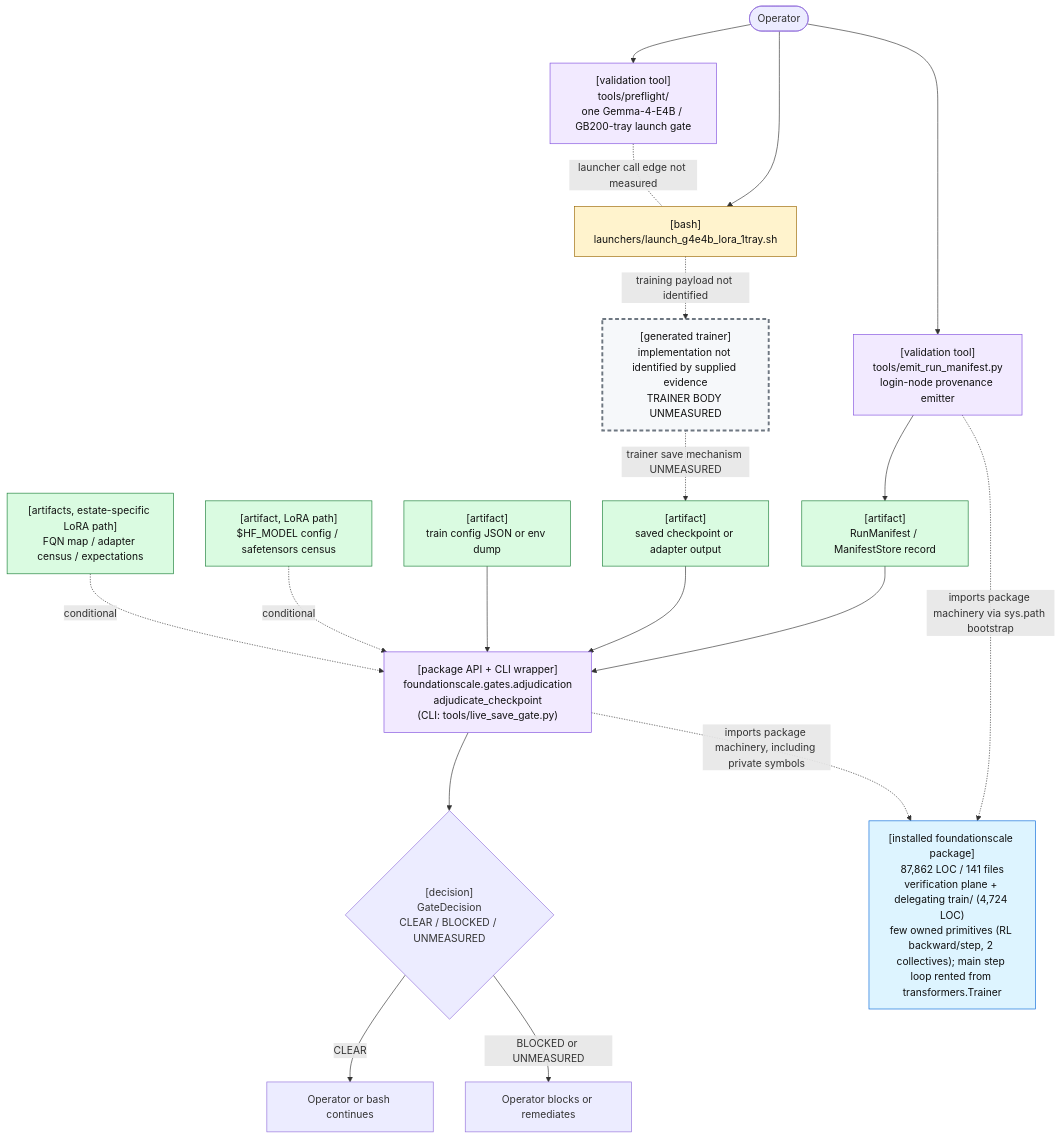
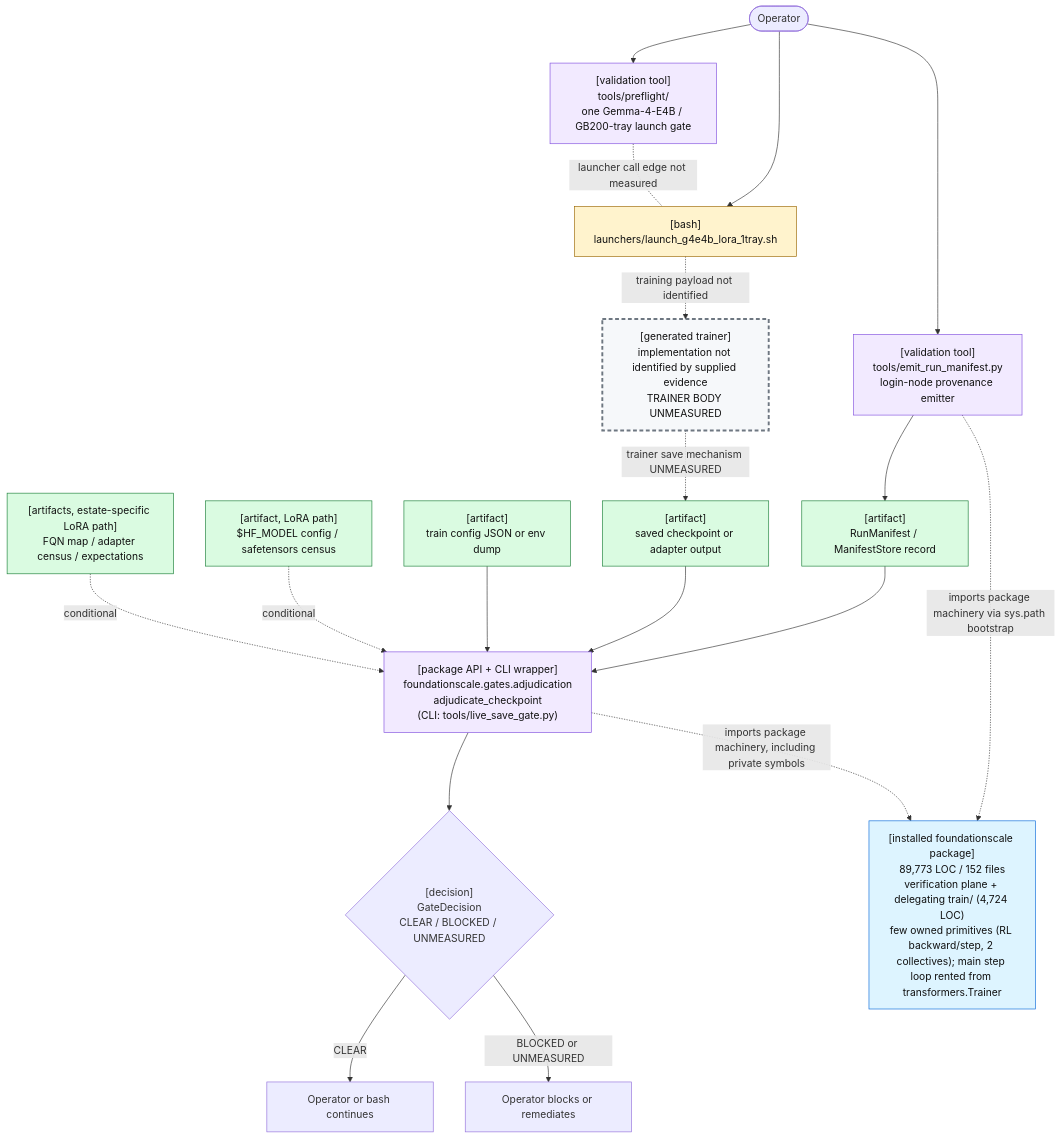
Before and after one commit to TranNhiem/FoundationScale: the first of 2 diagrams in docs/review/D2_current_architecture.md, drawn with Mermaid. The commit also changed other lines of this file and 10 other files, not shown here.

````diff
--- a/docs/review/D2_current_architecture.md
+++ b/docs/review/D2_current_architecture.md
@@ -25,59 +25,59 @@
 ```mermaid
 flowchart TB
   O(["Operator"])
 
   PF["[validation tool]<br/>tools/preflight/<br/>one Gemma-4-E4B / GB200-tray launch gate"]
   L["[bash]<br/>launchers/launch_g4e4b_lora_1tray.sh"]
 
   E["[validation tool]<br/>tools/emit_run_manifest.py<br/>login-node provenance emitter"]
   M["[artifact]<br/>RunManifest / ManifestStore record"]
 
   T["[generated trainer]<br/>implementation not identified by supplied evidence<br/>TRAINER BODY UNMEASURED"]
   C["[artifact]<br/>saved checkpoint or adapter output"]
 
   G["[package API + CLI wrapper]<br/>foundationscale.gates.adjudication<br/>adjudicate_checkpoint<br/>(CLI: tools/live_save_gate.py)"]
   CFG["[artifact]<br/>train config JSON or env dump"]
   BASE["[artifact, LoRA path]<br/>$HF_MODEL config / safetensors census"]
   CEN["[artifacts, estate-specific LoRA path]<br/>FQN map / adapter census / expectations"]
 
   D{"[decision]<br/>GateDecision<br/>CLEAR / BLOCKED / UNMEASURED"}
   OK["Operator or bash continues"]
   NO["Operator blocks or remediates"]
 
-  PKG["[installed foundationscale package]<br/>87,862 LOC / 141 files<br/>verification plane + delegating train/ (4,724 LOC)<br/>few owned primitives (RL backward/step, 2 collectives); main step loop rented from transformers.Trainer"]
+  PKG["[installed foundationscale package]<br/>89,773 LOC / 152 files<br/>verification plane + delegating train/ (4,724 LOC)<br/>few owned primitives (RL backward/step, 2 collectives); main step loop rented from transformers.Trainer"]
 
   O --> PF
   O --> L
   PF -. "launcher call edge not measured" .- L
 
   O --> E
   E --> M
 
   L -. "training payload not identified" .-> T
   T -. "trainer save mechanism UNMEASURED" .-> C
 
   M --> G
   C --> G
   CFG --> G
   BASE -. "conditional" .-> G
   CEN -. "conditional" .-> G
 
   E -. "imports package machinery via sys.path bootstrap" .-> PKG
   G -. "imports package machinery, including private symbols" .-> PKG
 
   G --> D
   D -->|"CLEAR"| OK
   D -->|"BLOCKED or UNMEASURED"| NO
 
   classDef bash fill:#fff3cd,stroke:#9a6700,color:#111;
   classDef tool fill:#f2eaff,stroke:#8250df,color:#111;
   classDef artifact fill:#dafbe1,stroke:#1a7f37,color:#111;
   classDef gap fill:#f6f8fa,stroke:#6e7781,stroke-width:3px,stroke-dasharray: 6 4,color:#111;
   classDef pkg fill:#ddf4ff,stroke:#0969da,color:#111;
 
   class L bash;
   class PF,E,G tool;
   class M,C,CFG,BASE,CEN artifact;
   class T gap;
   class PKG pkg;
 ```
````
